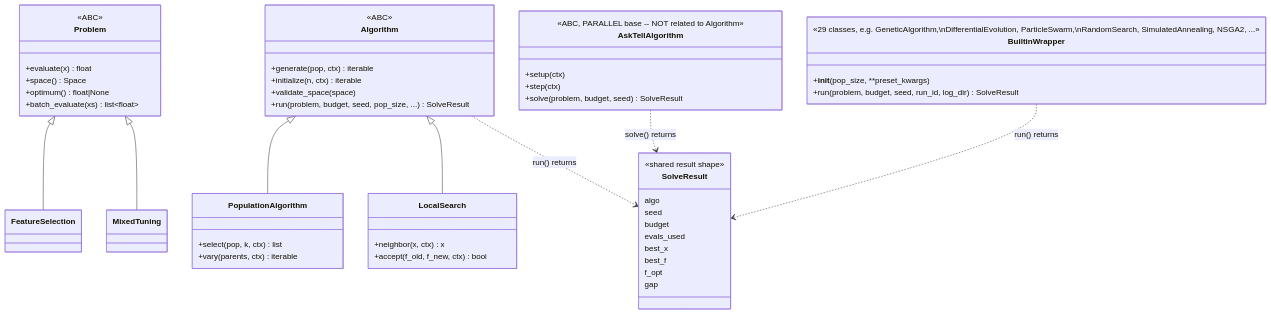
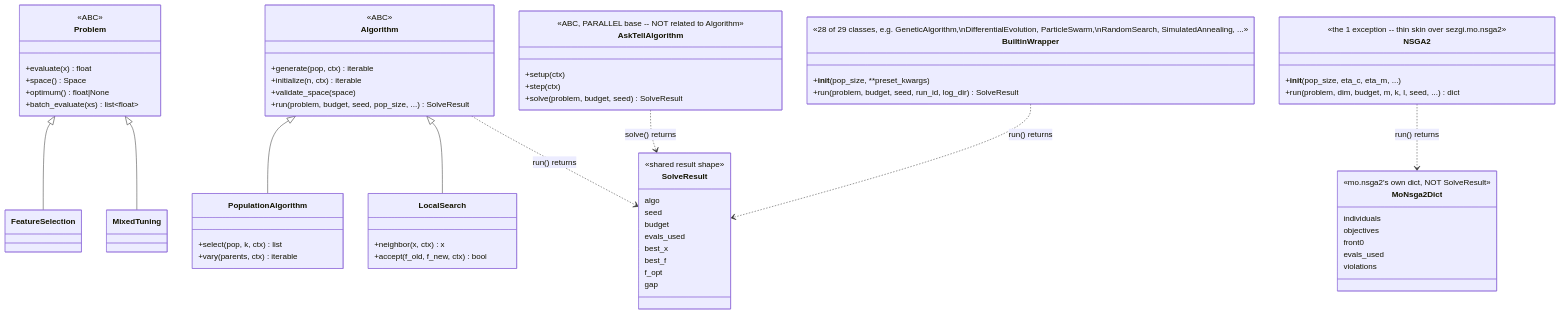
One commit to tdelphi1981/sezgi changed the diagram in docs/site/concepts/class-hierarchy.md. Above: the diagram before and after it, drawn with Mermaid. The commit also changed other lines of this file and 2 other files, not shown here.

Commit message:
docs: correct engine-stage and result-shape claims in concepts pages

````diff
--- a/docs/site/concepts/class-hierarchy.md
+++ b/docs/site/concepts/class-hierarchy.md
@@ -51,58 +60,73 @@
 ```mermaid
 classDiagram
     class Problem {
         <<ABC>>
         +evaluate(x) float
         +space() Space
         +optimum() float|None
         +batch_evaluate(xs) list~float~
     }
     Problem <|-- FeatureSelection
     Problem <|-- MixedTuning
 
     class Algorithm {
         <<ABC>>
         +generate(pop, ctx) iterable
         +initialize(n, ctx) iterable
         +validate_space(space)
         +run(problem, budget, seed, pop_size, ...) SolveResult
     }
     Algorithm <|-- PopulationAlgorithm
     Algorithm <|-- LocalSearch
     class PopulationAlgorithm {
         +select(pop, k, ctx) list
         +vary(parents, ctx) iterable
     }
     class LocalSearch {
         +neighbor(x, ctx) x
         +accept(f_old, f_new, ctx) bool
     }
 
     class AskTellAlgorithm {
         <<ABC, PARALLEL base -- NOT related to Algorithm>>
         +setup(ctx)
         +step(ctx)
         +solve(problem, budget, seed) SolveResult
     }
 
     class BuiltinWrapper {
-        <<29 classes, e.g. GeneticAlgorithm,\nDifferentialEvolution, ParticleSwarm,\nRandomSearch, SimulatedAnnealing, NSGA2, ...>>
+        <<28 of 29 classes, e.g. GeneticAlgorithm,\nDifferentialEvolution, ParticleSwarm,\nRandomSearch, SimulatedAnnealing, ...>>
         +__init__(pop_size, **preset_kwargs)
         +run(problem, budget, seed, run_id, log_dir) SolveResult
+    }
+
+    class NSGA2 {
+        <<the 1 exception -- thin skin over sezgi.mo.nsga2>>
+        +__init__(pop_size, eta_c, eta_m, ...)
+        +run(problem, dim, budget, m, k, l, seed, ...) dict
     }
 
     class SolveResult {
         <<shared result shape>>
         algo
         seed
         budget
         evals_used
         best_x
         best_f
         f_opt
         gap
     }
+    class MoNsga2Dict {
+        <<mo.nsga2's own dict, NOT SolveResult>>
+        individuals
+        objectives
+        front0
+        evals_used
+        violations
+    }
     Algorithm ..> SolveResult : run() returns
     AskTellAlgorithm ..> SolveResult : solve() returns
     BuiltinWrapper ..> SolveResult : run() returns
+    NSGA2 ..> MoNsga2Dict : run() returns
 ```
````
